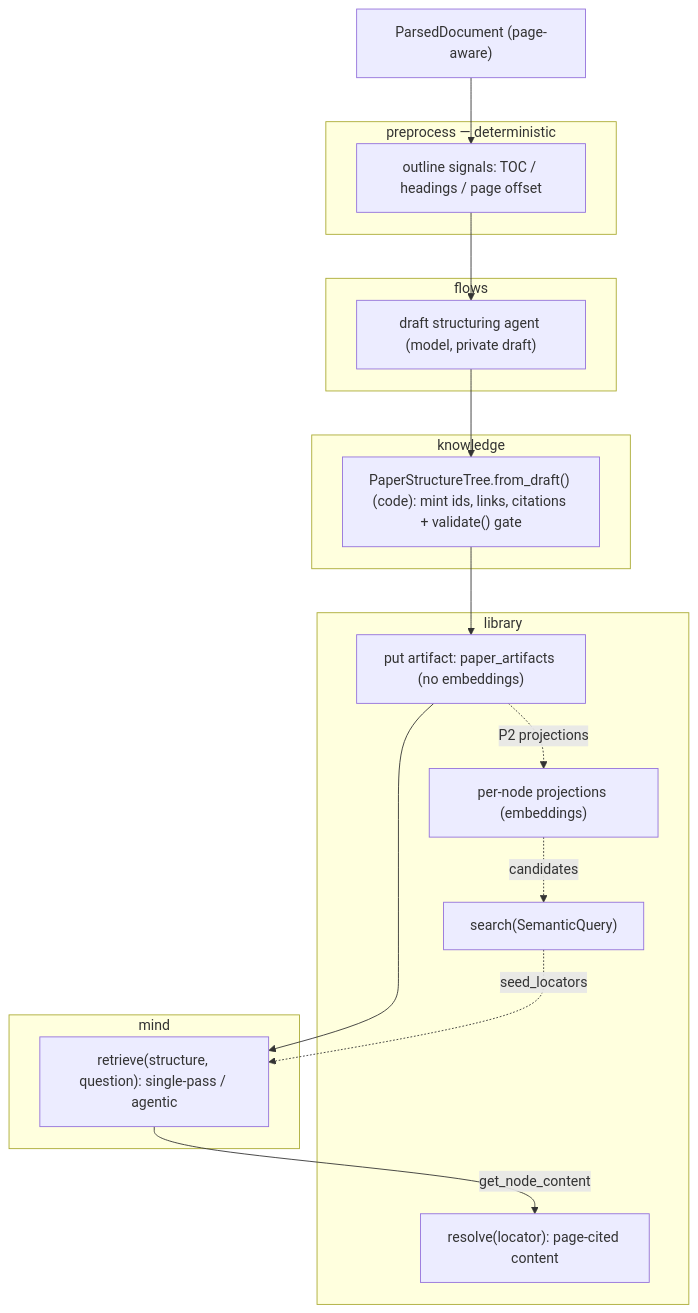
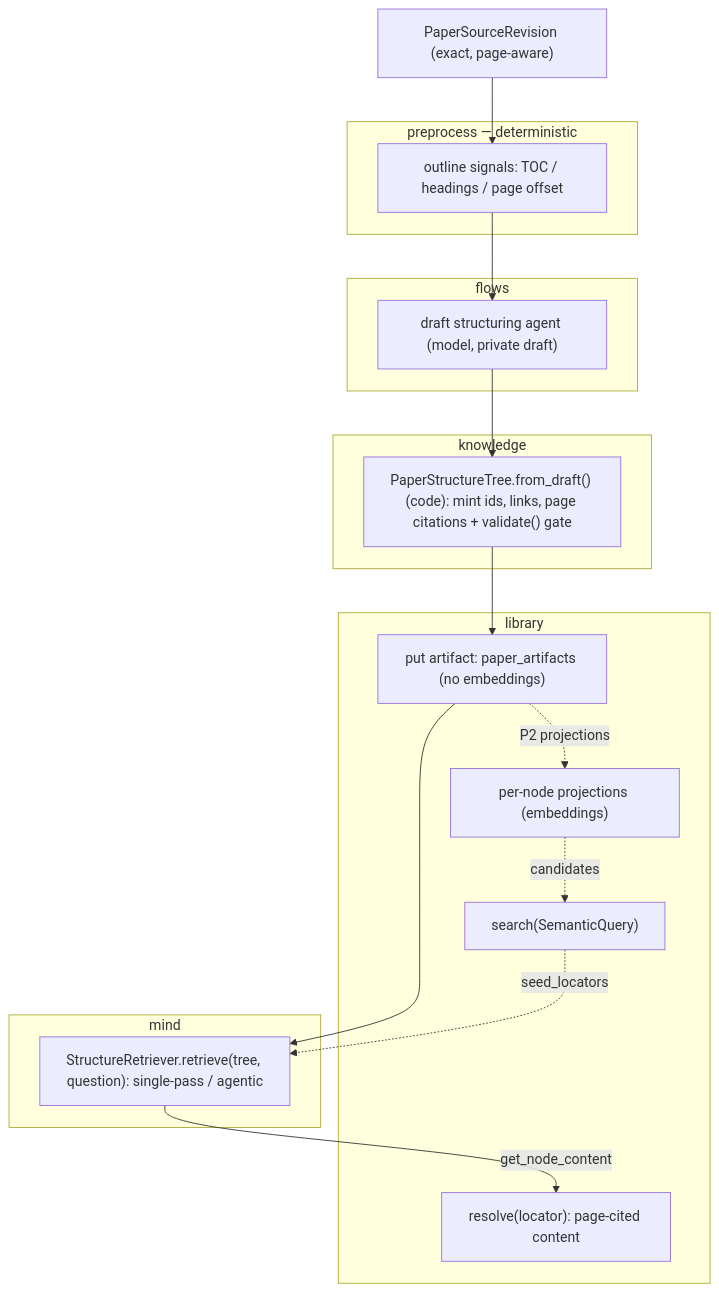
Before and after one commit to LLMQuant/quant-mind: the first of 2 diagrams in contexts/design/mind/retrieval.md, drawn with Mermaid. The commit also changed other lines of this file and 28 other files, not shown here.

Commit message:
refactor(mind): make structure retrieval source-native

````diff
--- a/contexts/design/mind/retrieval.md
+++ b/contexts/design/mind/retrieval.md
@@ -59,31 +63,31 @@
 ```mermaid
 flowchart TD
-    PD["ParsedDocument (page-aware)"]
+    PD["PaperSourceRevision (exact, page-aware)"]
     subgraph PRE["preprocess — deterministic"]
         OUT["outline signals: TOC / headings / page offset"]
     end
     subgraph FLW["flows"]
         DRAFT["draft structuring agent (model, private draft)"]
     end
     subgraph KNW["knowledge"]
-        FD["PaperStructureTree.from_draft() (code): mint ids, links, citations + validate() gate"]
+        FD["PaperStructureTree.from_draft() (code): mint ids, links, page citations + validate() gate"]
     end
     subgraph LIB["library"]
         PUT["put artifact: paper_artifacts (no embeddings)"]
         PROJ["per-node projections (embeddings)"]
         SRCH["search(SemanticQuery)"]
         RES["resolve(locator): page-cited content"]
     end
     subgraph MND["mind"]
-        NAV["retrieve(structure, question): single-pass / agentic"]
+        NAV["StructureRetriever.retrieve(tree, question): single-pass / agentic"]
     end
     PD --> OUT
     OUT --> DRAFT
     DRAFT --> FD
     FD --> PUT
     PUT --> NAV
     NAV -->|get_node_content| RES
     PUT -.->|P2 projections| PROJ
     PROJ -.->|candidates| SRCH
     SRCH -.->|seed_locators| NAV
 ```
````
